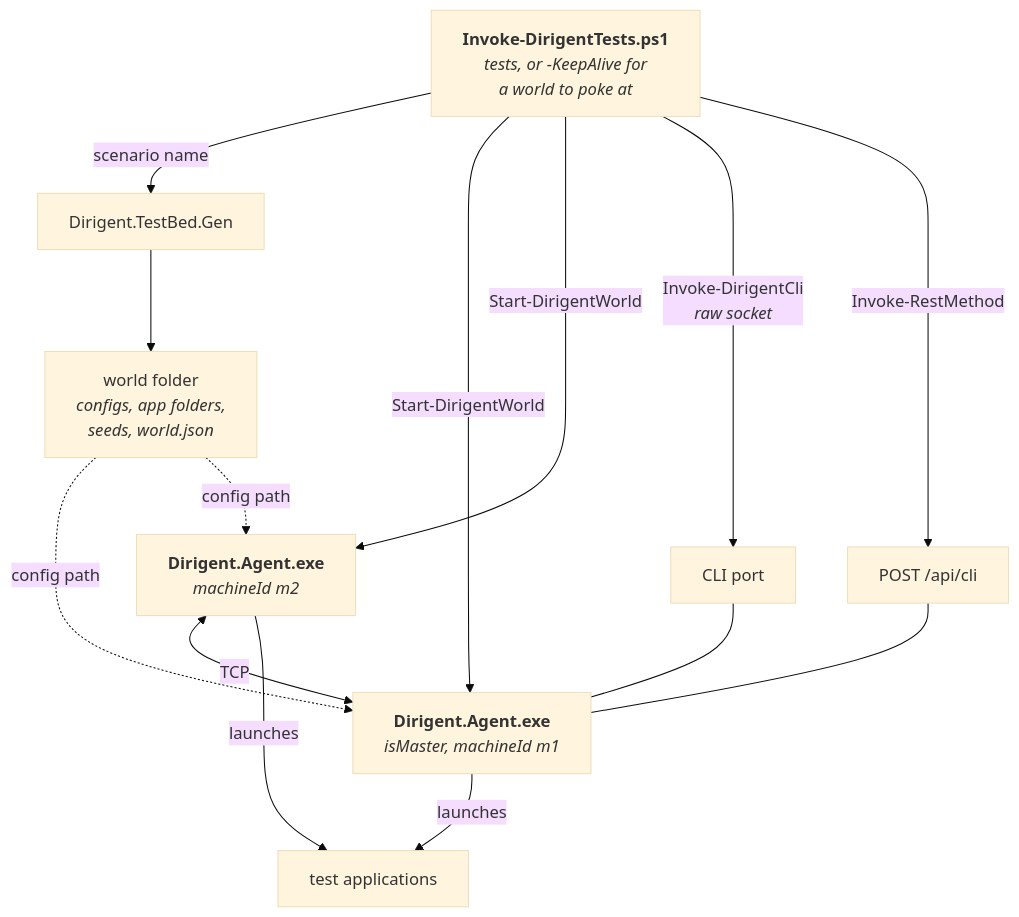
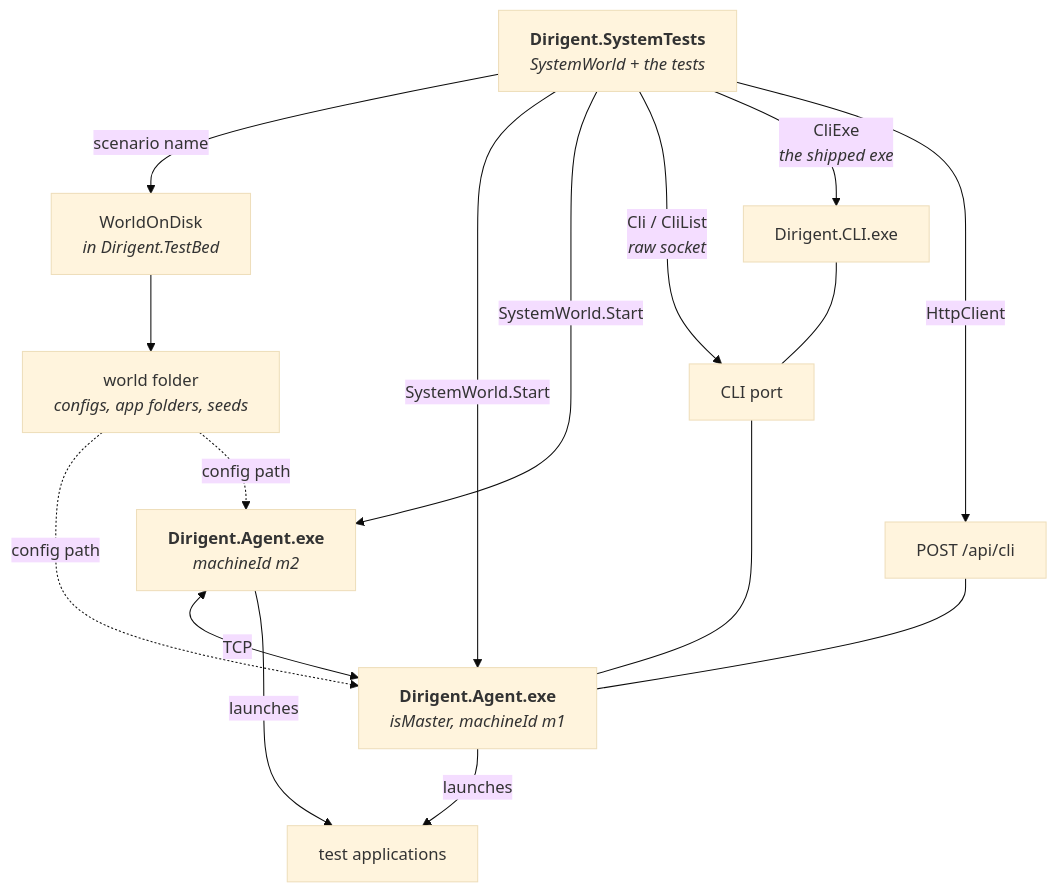
The fifth of 5 diagrams in docs/TestHarness.md (pjanec/dirigent), drawn with Mermaid (base theme) before and after one commit. The commit also changed other lines of this file and 17 other files, not shown here.

````diff
--- a/docs/TestHarness.md
+++ b/docs/TestHarness.md
@@ -233,24 +231,26 @@
 ```mermaid
 flowchart TB
-    PS["<b>Invoke-DirigentTests.ps1</b><br/><i>tests, or -KeepAlive for<br/>a world to poke at</i>"]
-    GEN["Dirigent.TestBed.Gen"]
-    W["world folder<br/><i>configs, app folders,<br/>seeds, world.json</i>"]
+    T["<b>Dirigent.SystemTests</b><br/><i>SystemWorld + the tests</i>"]
+    GEN["WorldOnDisk<br/><i>in Dirigent.TestBed</i>"]
+    W["world folder<br/><i>configs, app folders, seeds</i>"]
 
-    PS -->|"scenario name"| GEN --> W
+    T -->|"scenario name"| GEN --> W
 
-    PS -->|"Start-DirigentWorld"| MASTER["<b>Dirigent.Agent.exe</b><br/><i>isMaster, machineId m1</i>"]
-    PS -->|"Start-DirigentWorld"| AGENT["<b>Dirigent.Agent.exe</b><br/><i>machineId m2</i>"]
+    T -->|"SystemWorld.Start"| MASTER["<b>Dirigent.Agent.exe</b><br/><i>isMaster, machineId m1</i>"]
+    T -->|"SystemWorld.Start"| AGENT["<b>Dirigent.Agent.exe</b><br/><i>machineId m2</i>"]
 
     W -.->|"config path"| MASTER
     W -.->|"config path"| AGENT
 
     AGENT <-->|TCP| MASTER
 
-    PS -->|"Invoke-DirigentCli<br/><i>raw socket</i>"| CLI["CLI port"]
-    PS -->|"Invoke-RestMethod"| REST["POST /api/cli"]
+    T -->|"Cli / CliList<br/><i>raw socket</i>"| CLI["CLI port"]
+    T -->|"CliExe<br/><i>the shipped exe</i>"| EXE["Dirigent.CLI.exe"]
+    T -->|"HttpClient"| REST["POST /api/cli"]
+    EXE --- CLI
     CLI --- MASTER
     REST --- MASTER
 
     MASTER -->|launches| APPS["test applications"]
     AGENT -->|launches| APPS
 ```
````
